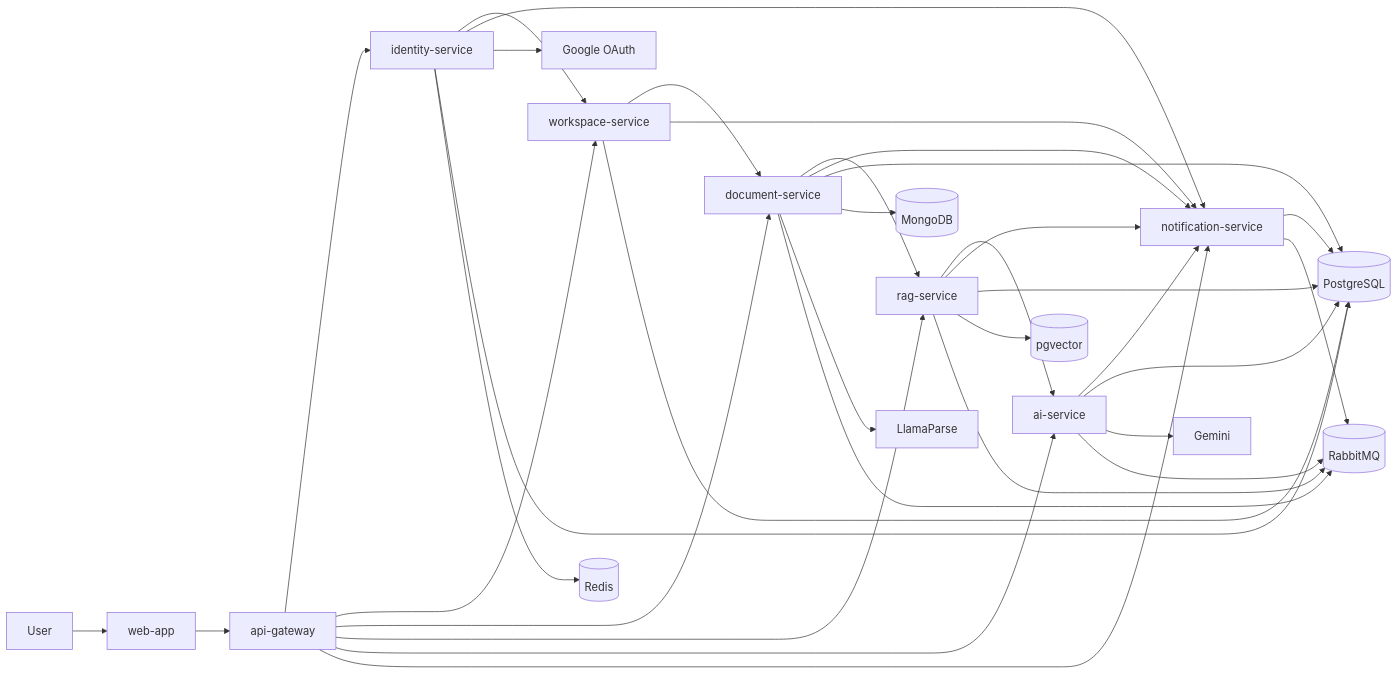
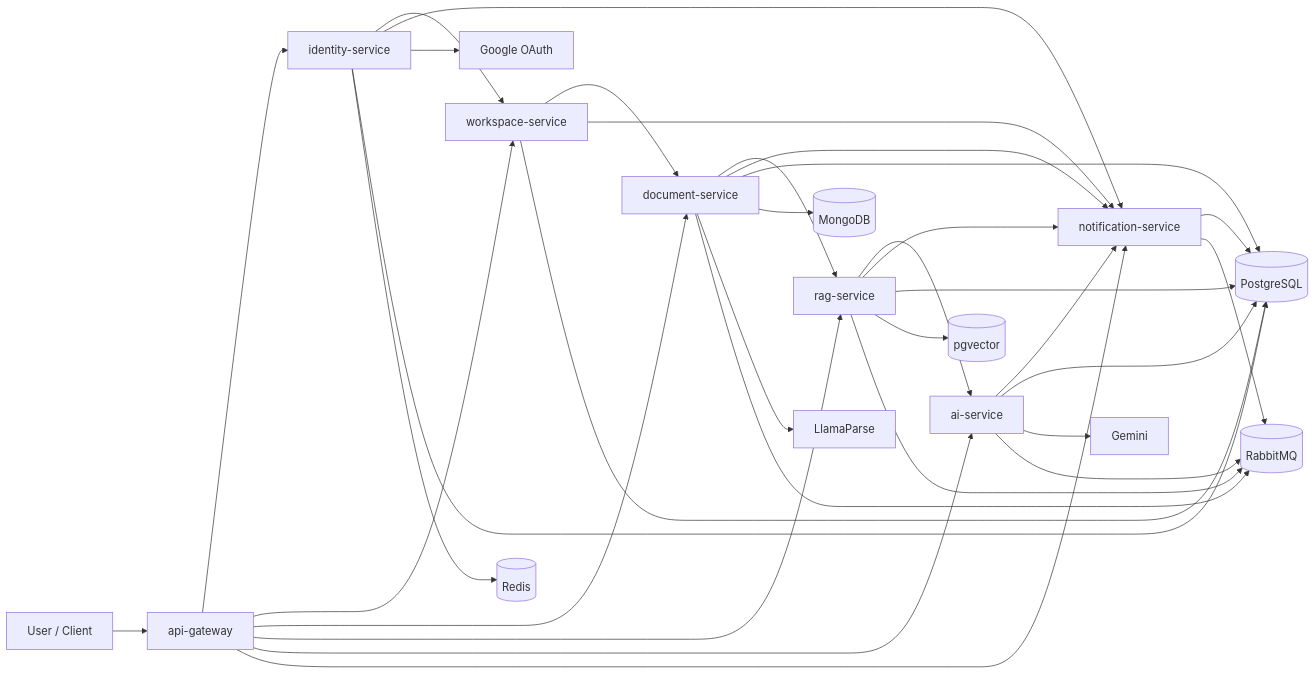
One commit to ulthimanju/CAPSTONE changed the diagram in component_architecture.mmd. Above: the diagram before and after it, drawn with Mermaid. The commit also changed 26 other files, not shown here.

```diff
--- a/component_architecture.mmd
+++ b/component_architecture.mmd
@@ -1,82 +1,78 @@
 flowchart LR
 
-USER[User]
-
-WEB[web-app]
+USER[User / Client]
 
 GW[api-gateway]
 
 ID[identity-service]
 
 WS[workspace-service]
 
 DOC[document-service]
 
 RAG[rag-service]
 
 AI[ai-service]
 
 NOTIFY[notification-service]
 
 PG[(PostgreSQL)]
 
 MDB[(MongoDB)]
 
 VEC[(pgvector)]
 
 REDIS[(Redis)]
 
 RMQ[(RabbitMQ)]
 
 LLAMA[LlamaParse]
 
 GEMINI[Gemini]
 
 GOOGLE[Google OAuth]
 
-USER --> WEB
-
-WEB --> GW
+USER --> GW
 
 GW --> ID
 GW --> WS
 GW --> DOC
 GW --> RAG
 GW --> AI
 GW --> NOTIFY
 
 ID --> WS
 
 WS --> DOC
 
 DOC --> RAG
 
 RAG --> AI
 
 ID --> NOTIFY
 WS --> NOTIFY
 DOC --> NOTIFY
 RAG --> NOTIFY
 AI --> NOTIFY
 
 ID --> GOOGLE
 ID --> PG
 ID --> REDIS
 
 WS --> PG
 
 DOC --> PG
 DOC --> MDB
 DOC --> LLAMA
 DOC --> RMQ
 
 RAG --> PG
 RAG --> VEC
 RAG --> RMQ
 
 AI --> PG
 AI --> GEMINI
 AI --> RMQ
 
 NOTIFY --> PG
 NOTIFY --> RMQ
```
